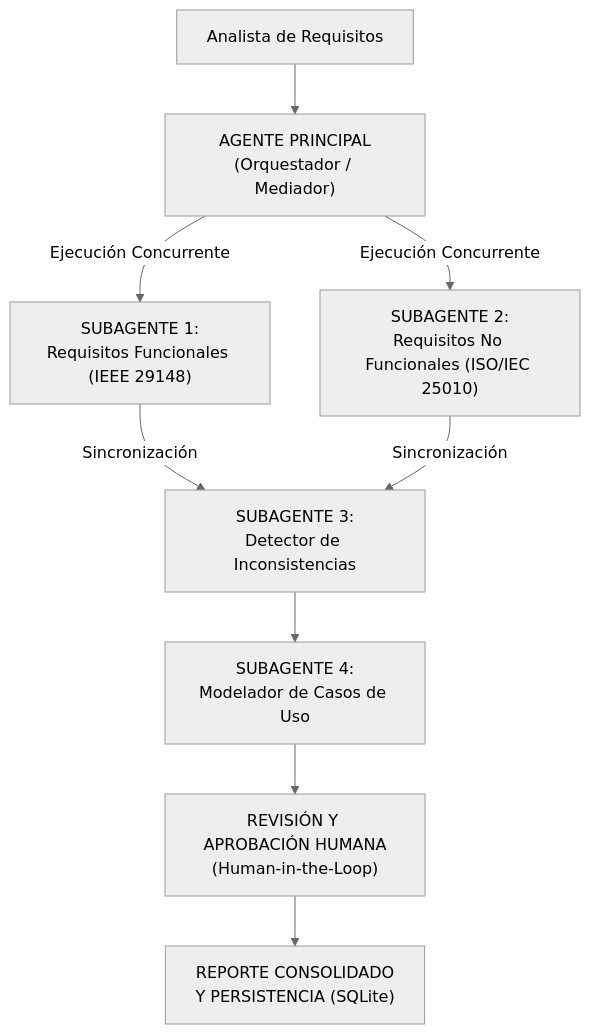
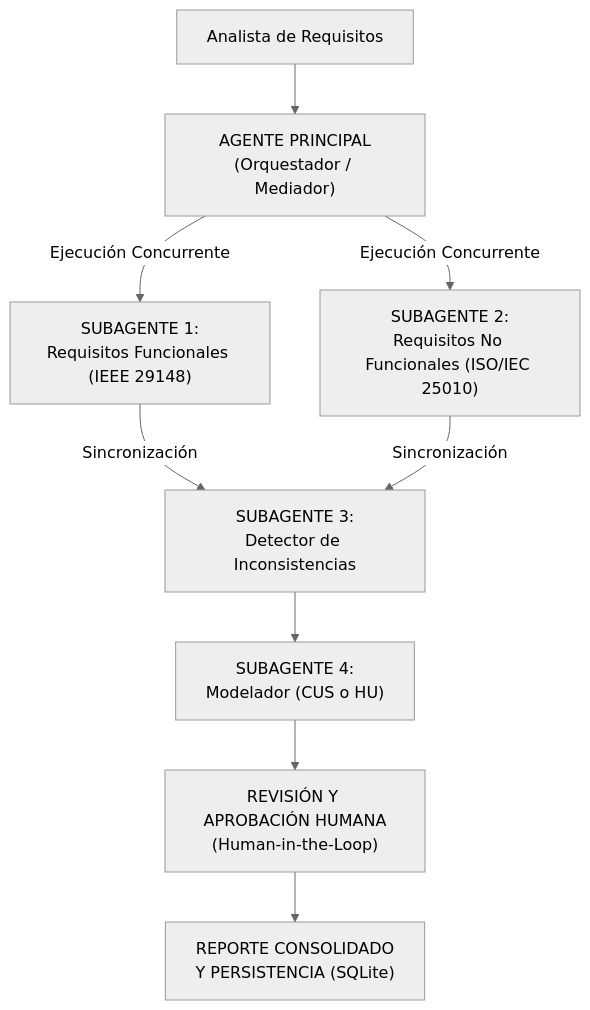
The diagram in docs/documento_maestro_propuesta.md (Cjoshue18/MultiAgenteAnalisisRequisitos), drawn with Mermaid (neutral theme) before and after one commit. The commit also changed other lines of this file and 2 other files, not shown here.

````diff
--- a/docs/documento_maestro_propuesta.md
+++ b/docs/documento_maestro_propuesta.md
@@ -113,11 +113,11 @@
 ```mermaid
 flowchart TD
     Analista["Analista de Requisitos"] --> Orquestador["AGENTE PRINCIPAL\n(Orquestador / Mediador)"]
     Orquestador -->|"Ejecución Concurrente"| SubRF["SUBAGENTE 1:\nRequisitos Funcionales (IEEE 29148)"]
     Orquestador -->|"Ejecución Concurrente"| SubRNF["SUBAGENTE 2:\nRequisitos No Funcionales (ISO/IEC 25010)"]
     SubRF -->|"Sincronización"| SubInc["SUBAGENTE 3:\nDetector de Inconsistencias"]
     SubRNF -->|"Sincronización"| SubInc
-    SubInc --> SubCUS["SUBAGENTE 4:\nModelador de Casos de Uso"]
+    SubInc --> SubCUS["SUBAGENTE 4:\nModelador (CUS o HU)"]
     SubCUS --> HITL["REVISIÓN Y APROBACIÓN HUMANA\n(Human-in-the-Loop)"]
     HITL --> Reporte["REPORTE CONSOLIDADO\nY PERSISTENCIA (SQLite)"]
 ```
````
